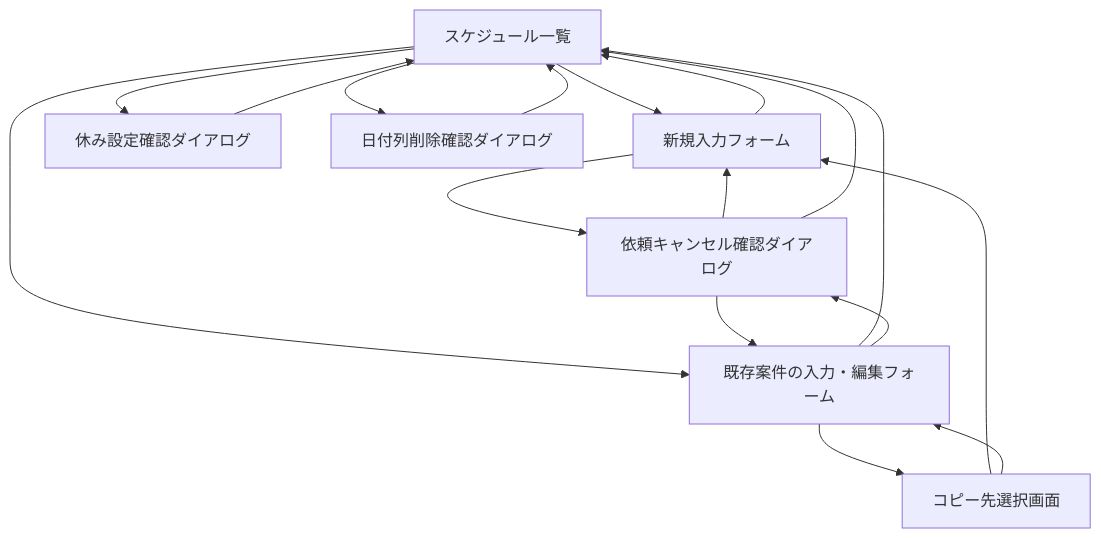
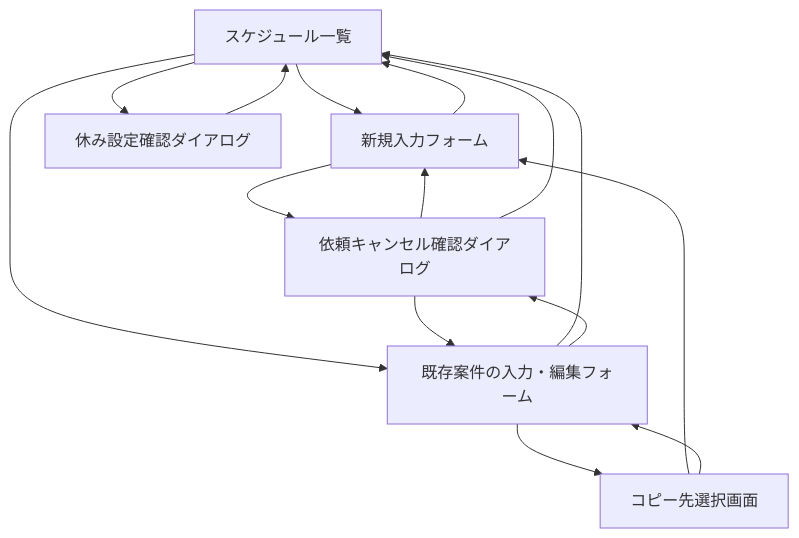
The diagram in docs/screen-list.md (yuya-dev-dev/schedule-system), drawn with Mermaid before and after one commit. The commit also changed other lines of this file and 7 other files, not shown here.

````diff
--- a/docs/screen-list.md
+++ b/docs/screen-list.md
@@ -195,19 +177,17 @@
 ```mermaid
 flowchart TD
     A["スケジュール一覧"] --> B["新規入力フォーム"]
     A --> C["既存案件の入力・編集フォーム"]
     B --> A
     C --> A
     C --> E["コピー先選択画面"]
     E --> B
     E --> C
     A --> F["休み設定確認ダイアログ"]
     F --> A
-    A --> G["日付列削除確認ダイアログ"]
-    G --> A
     B --> D["依頼キャンセル確認ダイアログ"]
     C --> D
     D --> B
     D --> C
     D --> A
 ```
````
